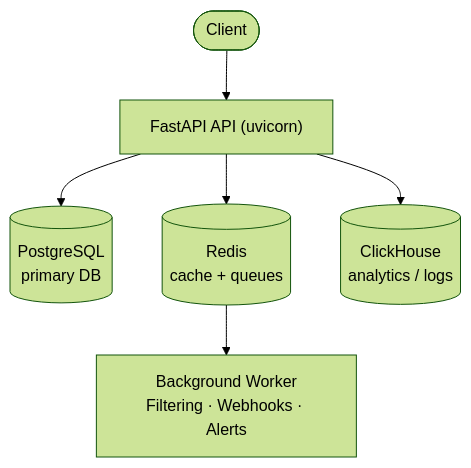
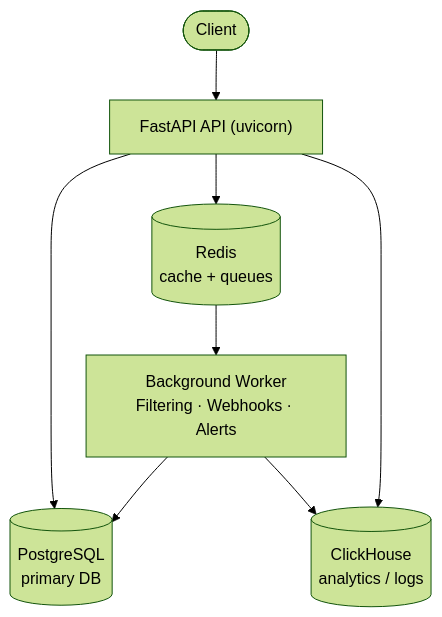
The diagram in docs/self-hosting/overview.md (kir-d/llm-firewall), drawn with Mermaid (forest theme) before and after one commit. The commit also changed 3 other files, not shown here.

First line of the commit message:
docs: correct mermaid diagram accuracy

````diff
--- a/docs/self-hosting/overview.md
+++ b/docs/self-hosting/overview.md
@@ -44,8 +44,10 @@
 ```mermaid
 flowchart TD
     Client(["Client"]) --> API["FastAPI API (uvicorn)"]
     API --> PG[("PostgreSQL<br/>primary DB")]
     API --> Redis[("Redis<br/>cache + queues")]
     API --> CH[("ClickHouse<br/>analytics / logs")]
     Redis --> Worker["Background Worker<br/>Filtering · Webhooks · Alerts"]
+    Worker --> PG
+    Worker --> CH
 ```
````
